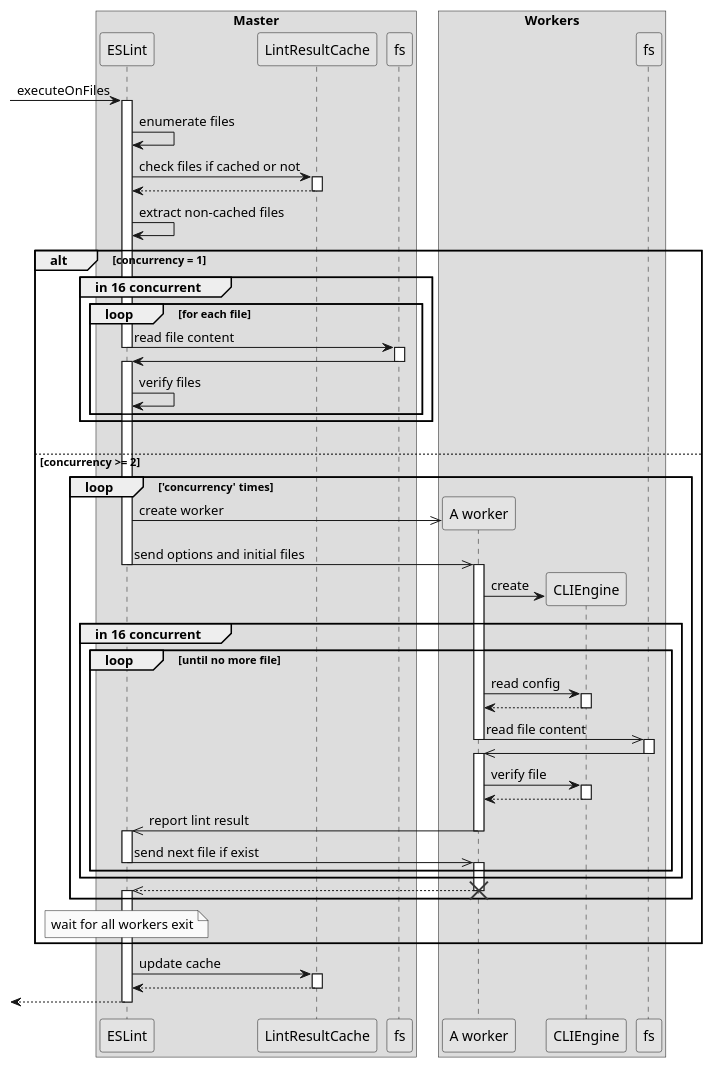
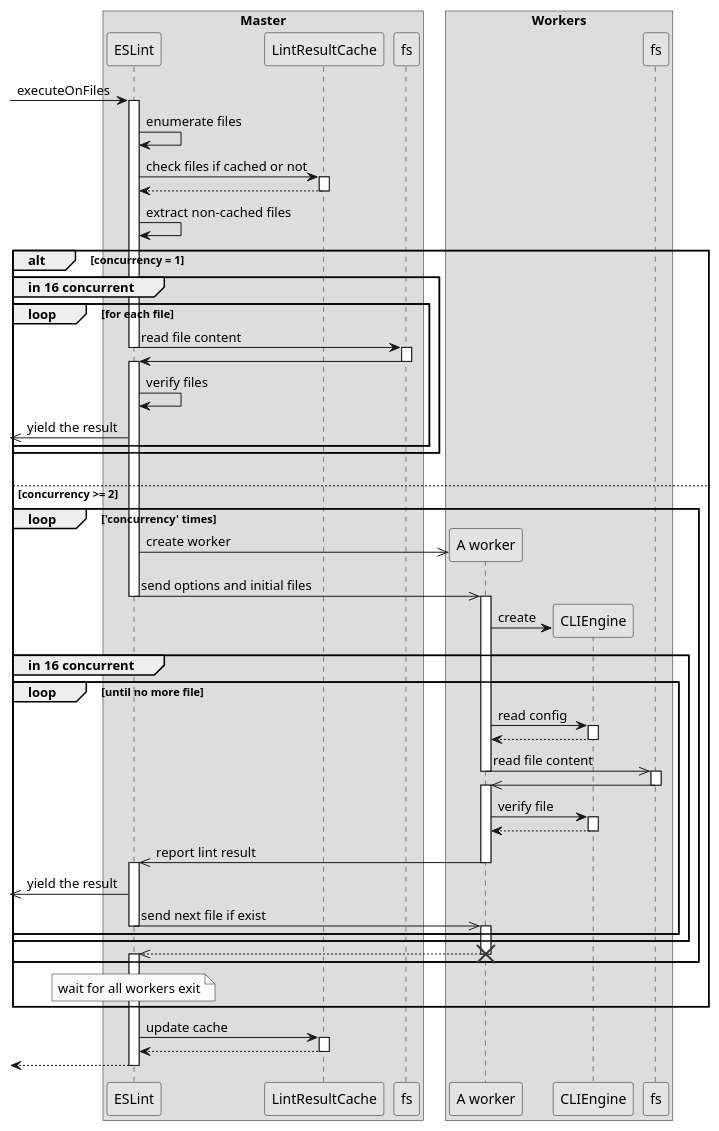
The diagram in designs/2019-worker-threads/diagrams.plantuml (eslint/rfcs), drawn with PlantUML before and after one commit. The commit also changed 1 other file, not shown here.

Commit message:
update diagram

```diff
--- a/designs/2019-worker-threads/diagrams.plantuml
+++ b/designs/2019-worker-threads/diagrams.plantuml
@@ -1,91 +1,93 @@
 @startuml overview
 skinparam monochrome true
 skinparam backgroundColor #ffffff
 skinparam sequenceGroupBodyBackGroundColor transparent
 skinparam boxPadding 10
 
 box "Master"
     participant "ESLint" as engine1
     participant "LintResultCache" as cache
     participant "fs" as fs1
 end box
 
 box "Workers"
     participant "A worker" as worker
     participant "CLIEngine" as engine2
     participant "fs" as fs2
 end box
 
 [-> engine1 : executeOnFiles
 activate engine1
 
 engine1 -> engine1 : enumerate files
 
 engine1 -> cache : check files if cached or not
 activate cache
 cache --> engine1
 deactivate cache
   
 engine1 -> engine1 : extract non-cached files
   
 alt concurrency = 1
     group in 16 concurrent
         loop for each file
             engine1 -> fs1 : read file content
             deactivate engine1
             activate fs1
             fs1 -> engine1
             deactivate fs1
             activate engine1
             engine1 -> engine1 : verify files
+            [<<- engine1 : yield the result
         end
     end
     |||
 else concurrency >= 2
     loop 'concurrency' times
         create worker
         engine1 ->> worker : create worker
         engine1 ->> worker : send options and initial files
         deactivate engine1
         activate worker
         create engine2
         worker -> engine2 : create
         group in 16 concurrent
             loop until no more file
                 worker -> engine2 : read config
                 activate engine2
                 engine2 --> worker
                 deactivate engine2
                 worker ->> fs2 : read file content
                 deactivate worker
                 activate fs2
                 fs2 ->> worker
                 deactivate fs2
                 activate worker
                 worker -> engine2 : verify file
                 activate engine2
                 engine2 --> worker
                 deactivate engine2
                 worker ->> engine1 : report lint result
                 deactivate worker
                 activate engine1
+                [<<- engine1 : yield the result
                 engine1 ->> worker : send next file if exist
                 deactivate engine1
                 activate worker
             end
         end
         worker -->> engine1
         destroy worker
         activate engine1
     end
     note over engine1: wait for all workers exit
 end
 
 engine1 -> cache : update cache
 activate cache
 cache --> engine1
 deactivate cache
 
 [<-- engine1
 deactivate engine1
 @enduml
```
